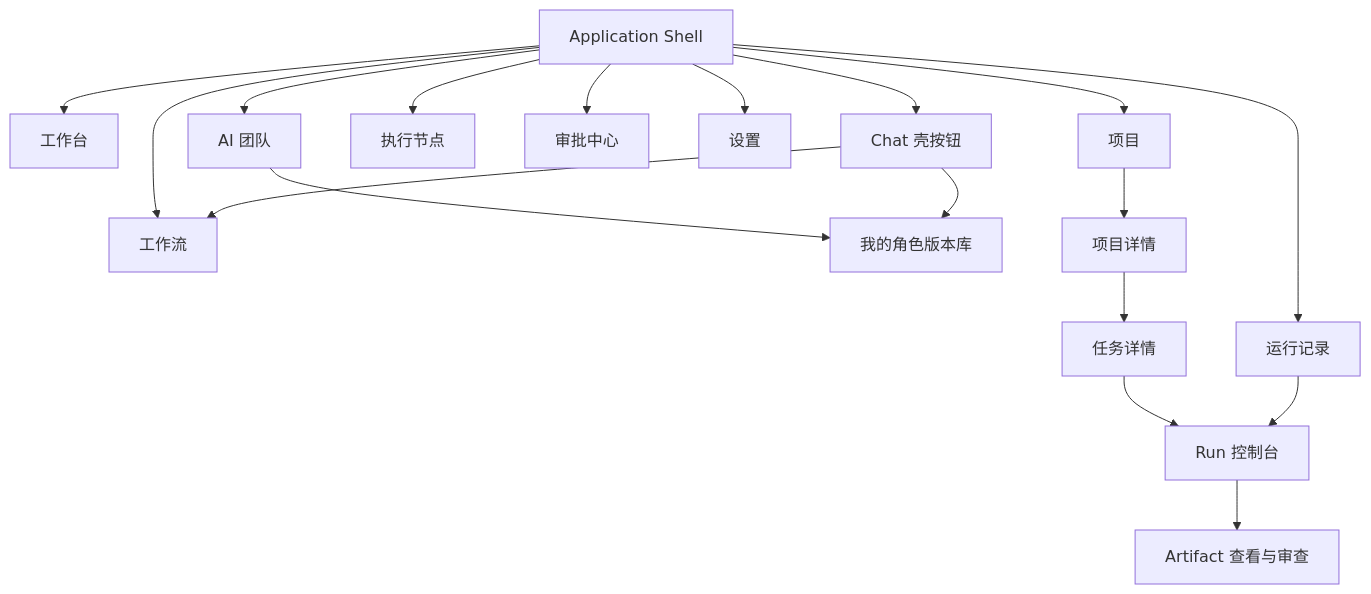
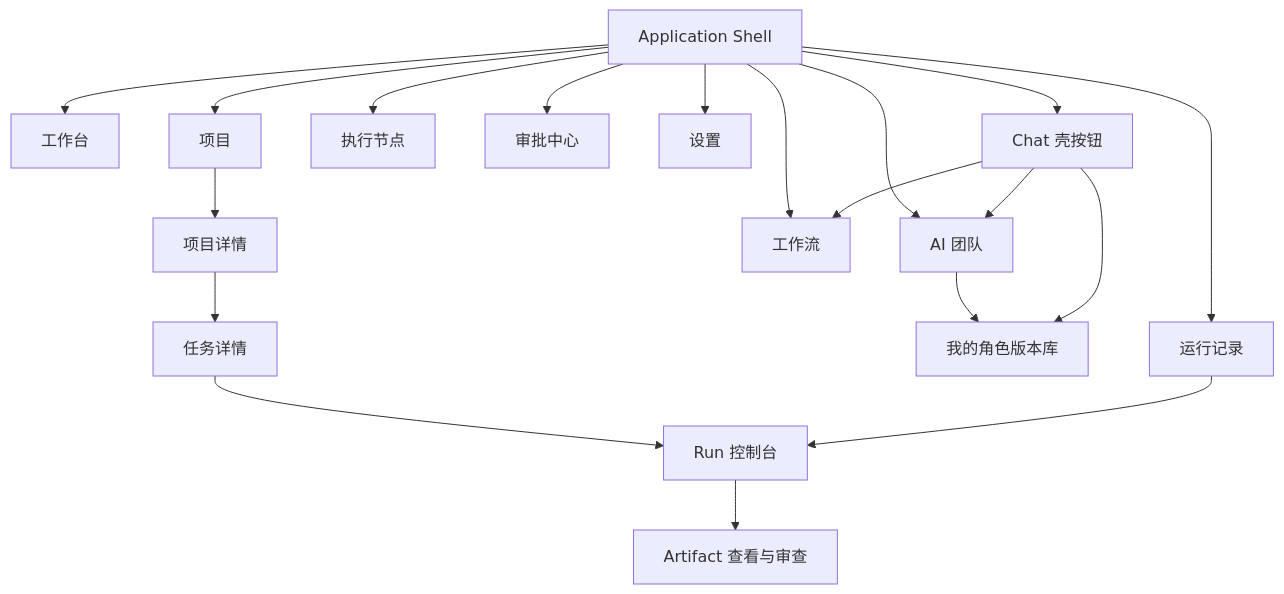
One commit to nicechencs/workforce changed the diagram in docs/product-ui/01-information-architecture.md. Above: the diagram before and after it, drawn with Mermaid. The commit also changed other lines of this file and 9 other files, not shown here.

````diff
--- a/docs/product-ui/01-information-architecture.md
+++ b/docs/product-ui/01-information-architecture.md
@@ -62,20 +62,21 @@
 ```mermaid
 flowchart TD
   Shell[Application Shell] --> Dashboard[工作台]
   Shell --> Projects[项目]
   Shell --> Teams[AI 团队]
   Shell --> Nodes[执行节点]
   Shell --> Approvals[审批中心]
   Shell --> RunsNav[运行记录]
   Shell --> Workflows[工作流]
   Shell --> Settings[设置]
   Shell --> Chat[Chat 壳按钮]
   Teams --> Library[我的角色版本库]
   Projects --> Project[项目详情]
   Project --> Task[任务详情]
   Task --> Run[Run 控制台]
   Run --> Artifact[Artifact 查看与审查]
   RunsNav --> Run
   Chat --> Library
+  Chat --> Teams
   Chat --> Workflows
 ```
````
